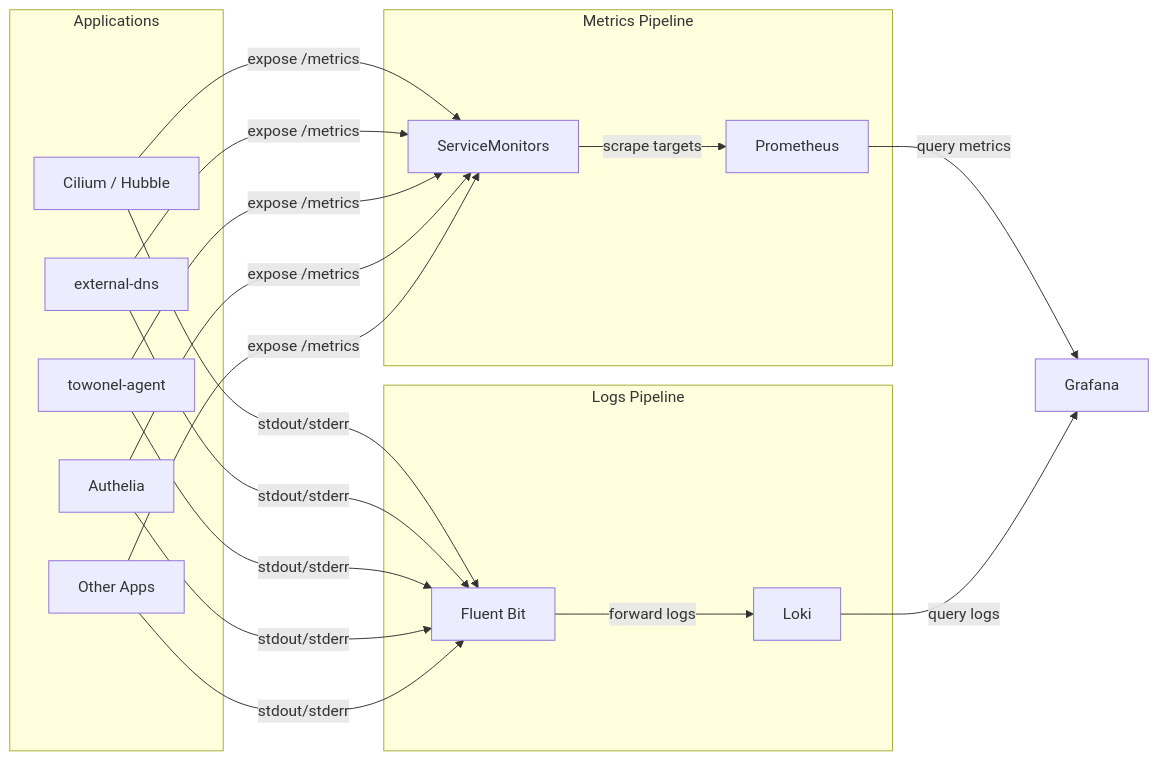
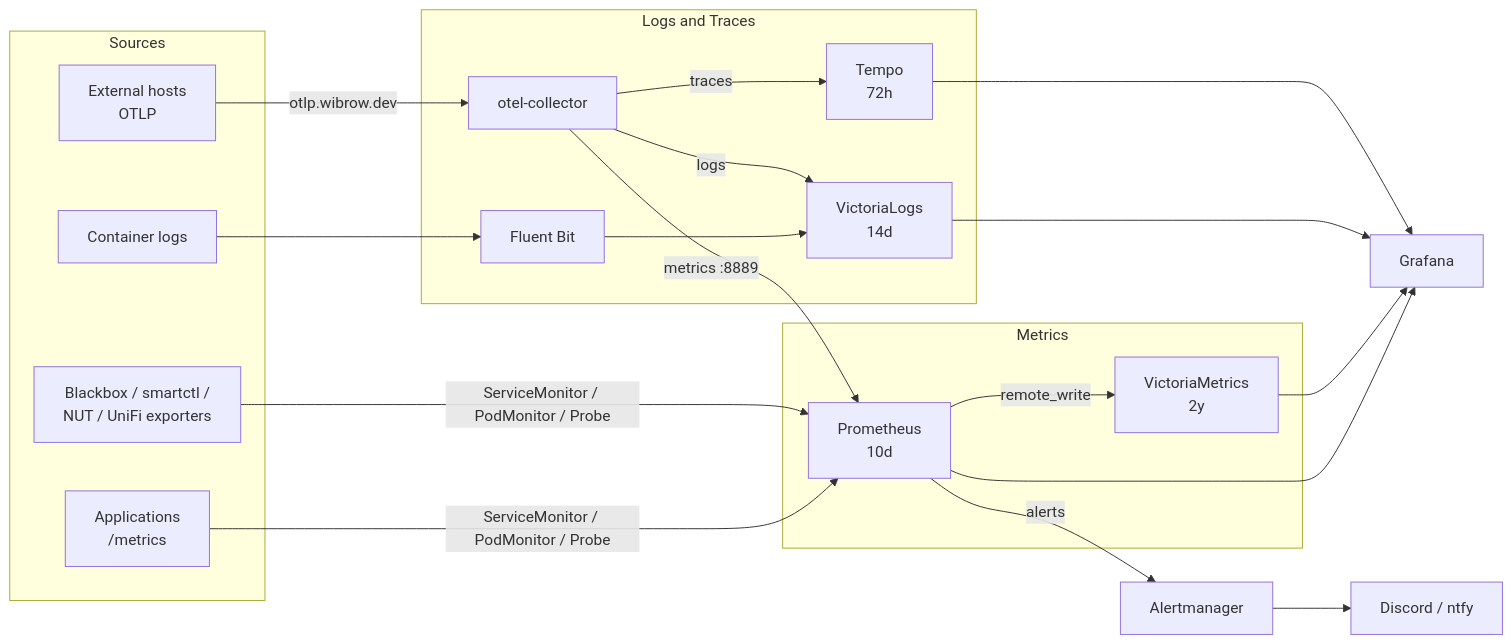
The diagram in docs/monitoring/index.md (swibrow/home-ops), drawn with Mermaid before and after one commit. The commit also changed other lines of this file and 105 other files, not shown here.

````diff
--- a/docs/monitoring/index.md
+++ b/docs/monitoring/index.md
@@ -11,30 +11,35 @@
 ```mermaid
 flowchart LR
-    subgraph Applications
-        App1[Cilium / Hubble]
-        App2[external-dns]
-        App3[towonel-agent]
-        App4[Authelia]
-        App5[Other Apps]
+    subgraph Sources
+        Apps[Applications\n/metrics]
+        Logs[Container logs]
+        Ext[External hosts\nOTLP]
+        BB[Blackbox / smartctl /\nNUT / UniFi exporters]
     end
 
-    subgraph Metrics Pipeline
-        SM[ServiceMonitors]
-        Prom[Prometheus]
+    subgraph Metrics
+        Prom[Prometheus\n10d]
+        VM[VictoriaMetrics\n2y]
     end
 
-    subgraph Logs Pipeline
+    subgraph Logs and Traces
         FB[Fluent Bit]
-        Loki[Loki]
+        VL[VictoriaLogs\n14d]
+        OC[otel-collector]
+        Tempo[Tempo\n72h]
     end
 
+    AM[Alertmanager]
     Grafana[Grafana]
+    Notify[Discord / ntfy]
 
-    App1 & App2 & App3 & App4 & App5 -->|expose /metrics| SM
-    SM -->|scrape targets| Prom
-    Prom -->|query metrics| Grafana
-
-    App1 & App2 & App3 & App4 & App5 -->|stdout/stderr| FB
-    FB -->|forward logs| Loki
-    Loki -->|query logs| Grafana
+    Apps & BB -->|ServiceMonitor / PodMonitor / Probe| Prom
+    Prom -->|remote_write| VM
+    Logs --> FB --> VL
+    Ext -->|otlp.wibrow.dev| OC
+    OC -->|traces| Tempo
+    OC -->|logs| VL
+    OC -->|metrics :8889| Prom
+    Prom -->|alerts| AM --> Notify
+    Prom & VM & VL & Tempo --> Grafana
 ```
````
